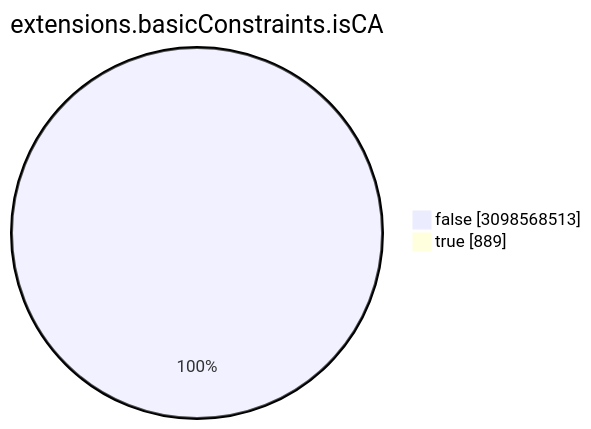
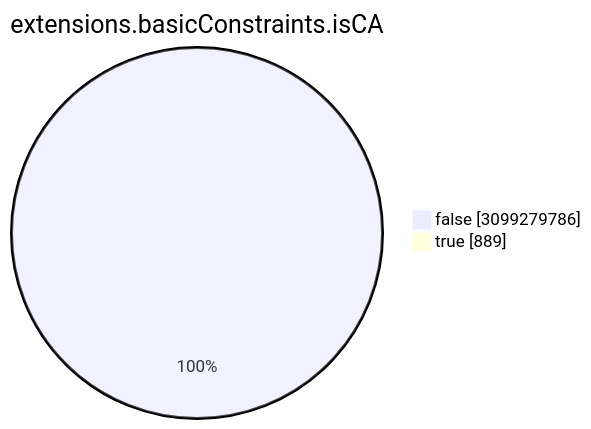
Before and after one commit to christiankrug/ctmonitor_visualization: the seventh of 15 diagrams in TOTAL/README.md, drawn with Mermaid. The commit also changed other lines of this file, not shown here.

````diff
--- a/TOTAL/README.md
+++ b/TOTAL/README.md
@@ -3088,6 +3088,6 @@
 ```mermaid
 pie showData
 title extensions.basicConstraints.isCA
-"false" :3098568513
+"false" :3099279786
 "true" :889
 ```
````
